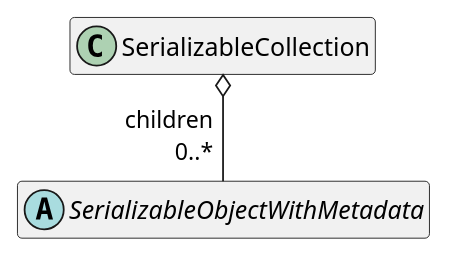
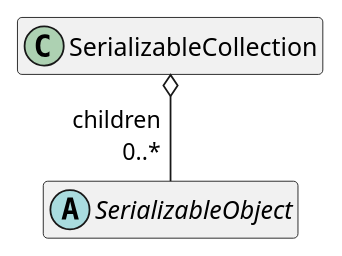
One commit to sandflow/otio-core-specification changed the third of 31 diagrams in src/main/md/otio-core.md. Above: the diagram before and after it, drawn with PlantUML. The commit also changed other lines of this file, not shown here.

Commit message:
Merge SerializableObjectWithMetadata into SerializableObject (#4)

````diff
--- a/src/main/md/otio-core.md
+++ b/src/main/md/otio-core.md
@@ -195,14 +166,14 @@
 ```puml
 @startuml
 hide empty members
 skinparam classAttributeIconSize 0
 
 class SerializableCollection {
 }
 
-abstract class SerializableObjectWithMetadata
+abstract class SerializableObject
 
-SerializableCollection o-- "children\r0..*" SerializableObjectWithMetadata
+SerializableCollection o-- "children\r0..*" SerializableObject
 
 @enduml
 ```
````
